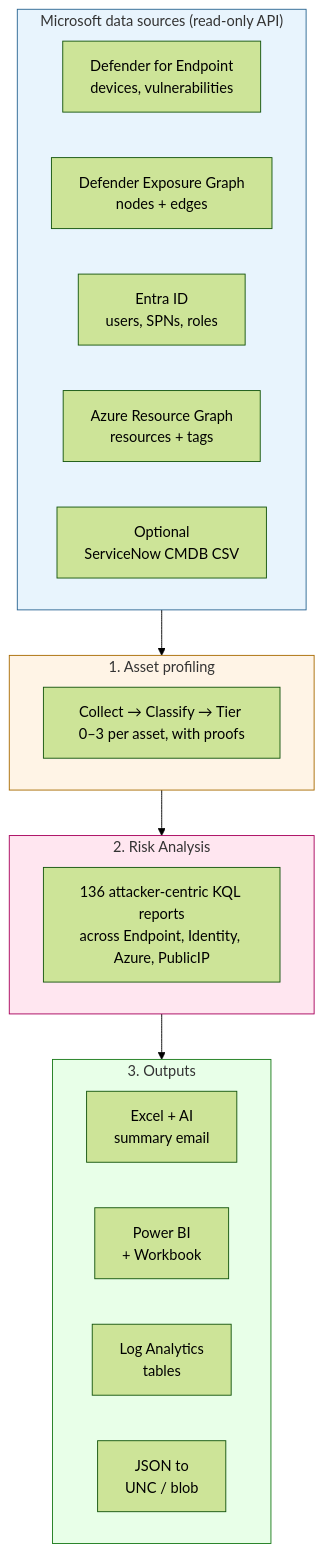
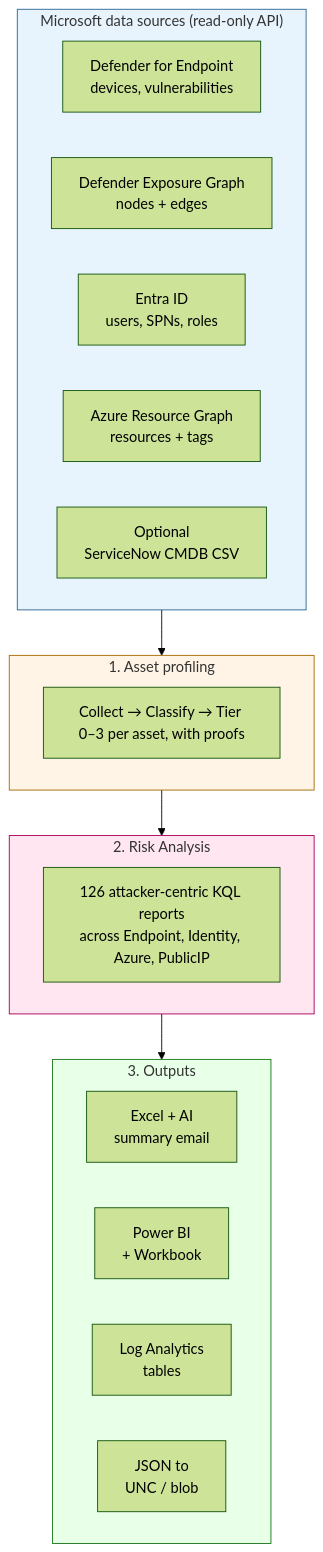
The first of 10 diagrams in README.md (KnudsenMorten/SecurityInsight), drawn with Mermaid (forest theme) before and after one commit. The commit also changed other lines of this file and 4 other files, not shown here.

````diff
--- a/README.md
+++ b/README.md
@@ -159,29 +159,29 @@
 ```mermaid
 flowchart TB
     subgraph SOURCES ["Microsoft data sources (read-only API)"]
         direction LR
         S1[Defender for Endpoint<br/>devices, vulnerabilities]
         S2[Defender Exposure Graph<br/>nodes + edges]
         S3[Entra ID<br/>users, SPNs, roles]
         S4[Azure Resource Graph<br/>resources + tags]
         S5[Optional<br/>ServiceNow CMDB CSV]
     end
     subgraph PROFILE ["1. Asset profiling"]
         P1[Collect → Classify → Tier 0–3 per asset, with proofs]
     end
     subgraph RA ["2. Risk Analysis"]
-        R1[136 attacker-centric KQL reports<br/>across Endpoint, Identity, Azure, PublicIP]
+        R1[126 attacker-centric KQL reports<br/>across Endpoint, Identity, Azure, PublicIP]
     end
     subgraph OUT ["3. Outputs"]
         direction LR
         O1[Excel + AI<br/>summary email]
         O2[Power BI<br/>+ Workbook]
         O3[Log Analytics<br/>tables]
         O4[JSON to<br/>UNC / blob]
     end
     SOURCES --> PROFILE --> RA --> OUT
     style SOURCES fill:#e8f4fd,stroke:#2a6592
     style PROFILE fill:#fff4e6,stroke:#a86a00
     style RA fill:#ffe6f0,stroke:#a8005c
     style OUT fill:#e8ffe8,stroke:#1a7a1a
 ```
````
